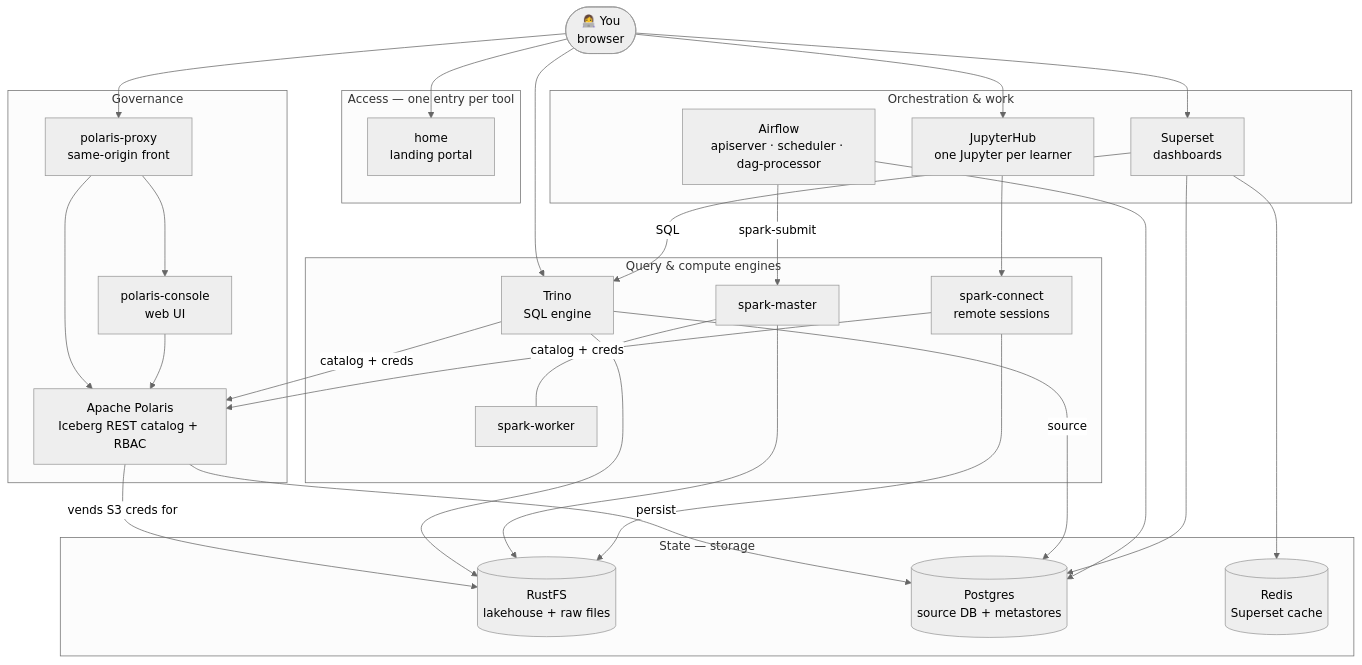
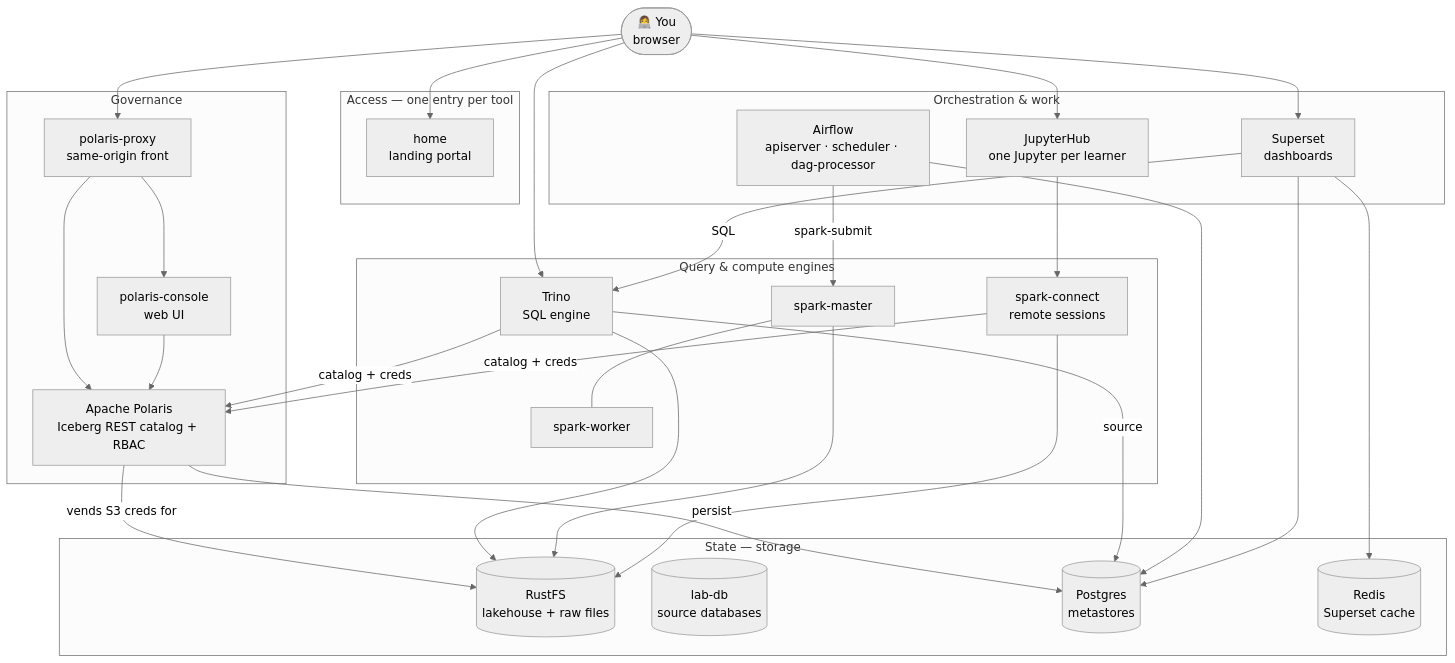
One commit to maarthala/data-engineering-lab changed the diagram in training/docs/unit0/stack.md. Above: the diagram before and after it, drawn with Mermaid (neutral theme). The commit also changed other lines of this file and 19 other files, not shown here.

````diff
--- a/training/docs/unit0/stack.md
+++ b/training/docs/unit0/stack.md
@@ -9,53 +9,54 @@
 ```mermaid
 flowchart TB
   USER([👩‍💻 You<br/>browser])
 
   subgraph EDGE["Access — one entry per tool"]
     HOME[home<br/>landing portal]
   end
 
   subgraph GOV["Governance"]
     PX[polaris-proxy<br/>same-origin front]
     PC[polaris-console<br/>web UI]
     POL[Apache Polaris<br/>Iceberg REST catalog + RBAC]
     PX --> PC
     PX --> POL
     PC --> POL
   end
 
   subgraph ENG["Query & compute engines"]
     TR[Trino<br/>SQL engine]
     SM[spark-master] --- SW[spark-worker]
     SC[spark-connect<br/>remote sessions]
   end
 
   subgraph ORCH["Orchestration & work"]
     AF[Airflow<br/>apiserver · scheduler · dag-processor]
     JUP[JupyterHub<br/>one Jupyter per learner]
     SUP[Superset<br/>dashboards]
   end
 
   subgraph DATA["State — storage"]
     MIN[(RustFS<br/>lakehouse + raw files)]
-    PGS[(Postgres<br/>source DB + metastores)]
+    LDB[(lab-db<br/>source databases)]
+    PGS[(Postgres<br/>metastores)]
     RDS[(Redis<br/>Superset cache)]
   end
 
   USER --> HOME
   USER --> TR & SUP & JUP & PX
 
   TR -->|catalog + creds| POL
   SC -->|catalog + creds| POL
   AF -->|spark-submit| SM
   JUP --> SC
   SUP -->|SQL| TR
 
   POL -->|persist| PGS
   POL -->|vends S3 creds for| MIN
   TR --> MIN
   SM --> MIN
   SC --> MIN
   TR -->|source| PGS
   AF --> PGS
   SUP --> PGS & RDS
 ```
````
